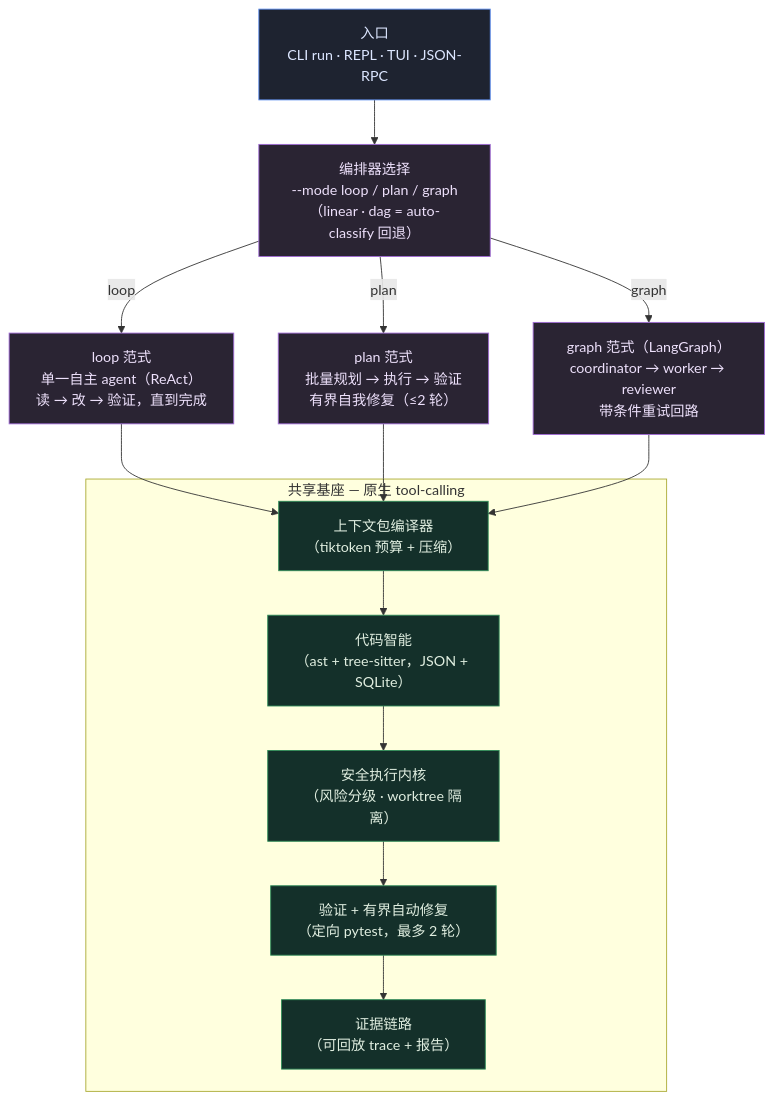
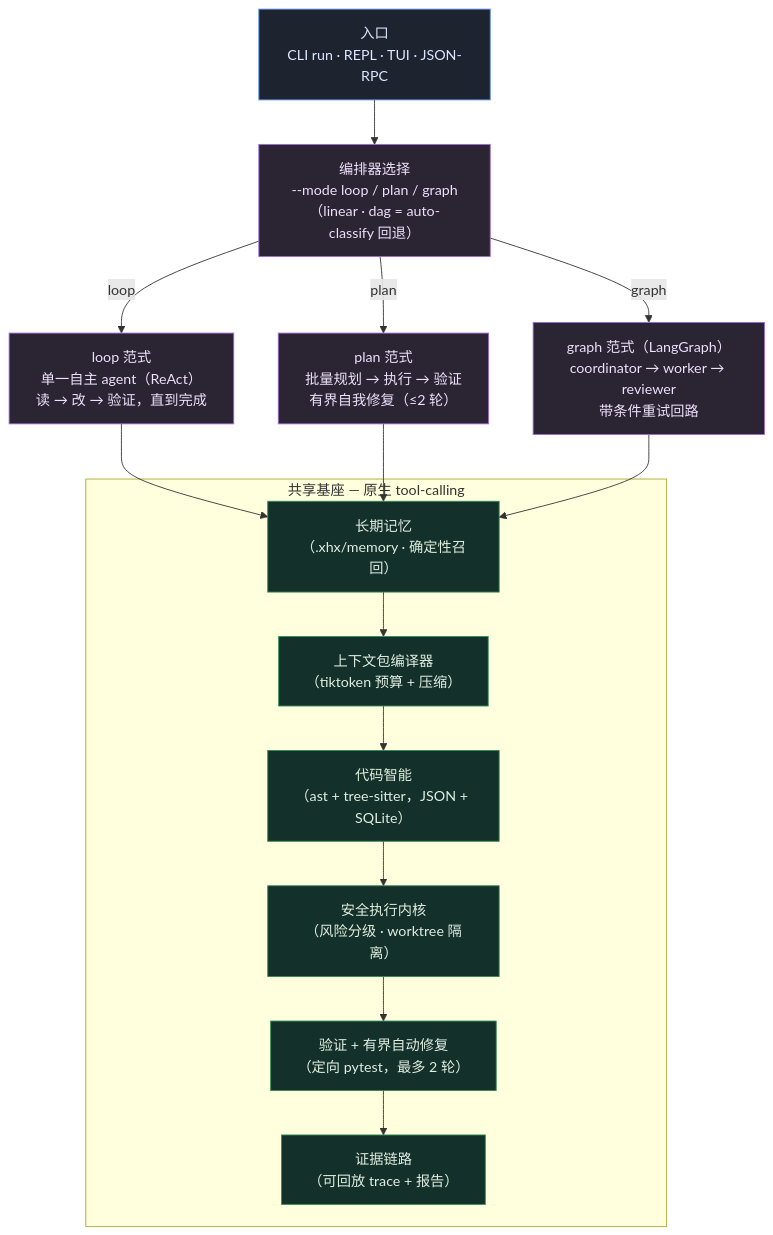
Before and after one commit to kongshuilinhua/XHX-Agent: the diagram in README.zh-CN.md, drawn with Mermaid. The commit also changed other lines of this file and 1 other file, not shown here.

First line of the commit message:
docs(readme): refresh capstone with memory, multi-model routing, streaming, microcompact, repo_query

````diff
--- a/README.zh-CN.md
+++ b/README.zh-CN.md
@@ -34,29 +37,30 @@
 ```mermaid
 graph TD
     classDef entry fill:#1e2330,stroke:#5b8def,stroke-width:1px,color:#dce6ff;
     classDef orch fill:#2a2433,stroke:#a06bd6,stroke-width:1px,color:#ede0fb;
     classDef base fill:#14302a,stroke:#2e8b57,stroke-width:1px,color:#e0eee0;
 
     E["入口<br/>CLI run · REPL · TUI · JSON-RPC"]:::entry
     S["编排器选择<br/>--mode loop / plan / graph<br/>（linear · dag = auto-classify 回退）"]:::orch
     L["loop 范式<br/>单一自主 agent（ReAct）<br/>读 → 改 → 验证，直到完成"]:::orch
     P["plan 范式<br/>批量规划 → 执行 → 验证<br/>有界自我修复（≤2 轮）"]:::orch
     G["graph 范式（LangGraph）<br/>coordinator → worker → reviewer<br/>带条件重试回路"]:::orch
 
     subgraph base_box["共享基座 — 原生 tool-calling"]
+        M["长期记忆<br/>（.xhx/memory · 确定性召回）"]:::base
         B["上下文包编译器<br/>（tiktoken 预算 + 压缩）"]:::base
         R["代码智能<br/>（ast + tree-sitter，JSON + SQLite）"]:::base
         K["安全执行内核<br/>（风险分级 · worktree 隔离）"]:::base
         V["验证 + 有界自动修复<br/>（定向 pytest，最多 2 轮）"]:::base
         EV["证据链路<br/>（可回放 trace + 报告）"]:::base
-        B --> R --> K --> V --> EV
+        M --> B --> R --> K --> V --> EV
     end
 
     E --> S
     S -->|loop| L
     S -->|plan| P
     S -->|graph| G
-    L --> B
-    P --> B
-    G --> B
+    L --> M
+    P --> M
+    G --> M
 ```
````
